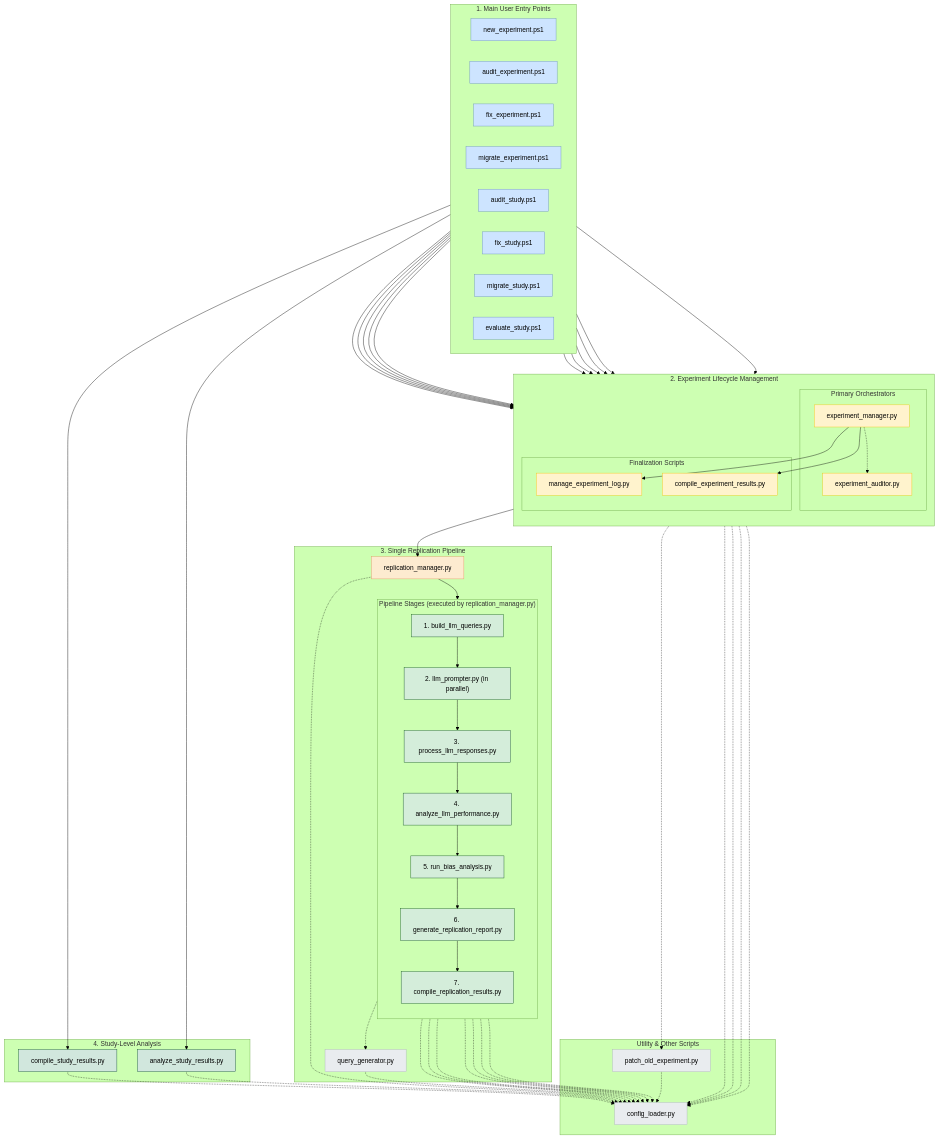
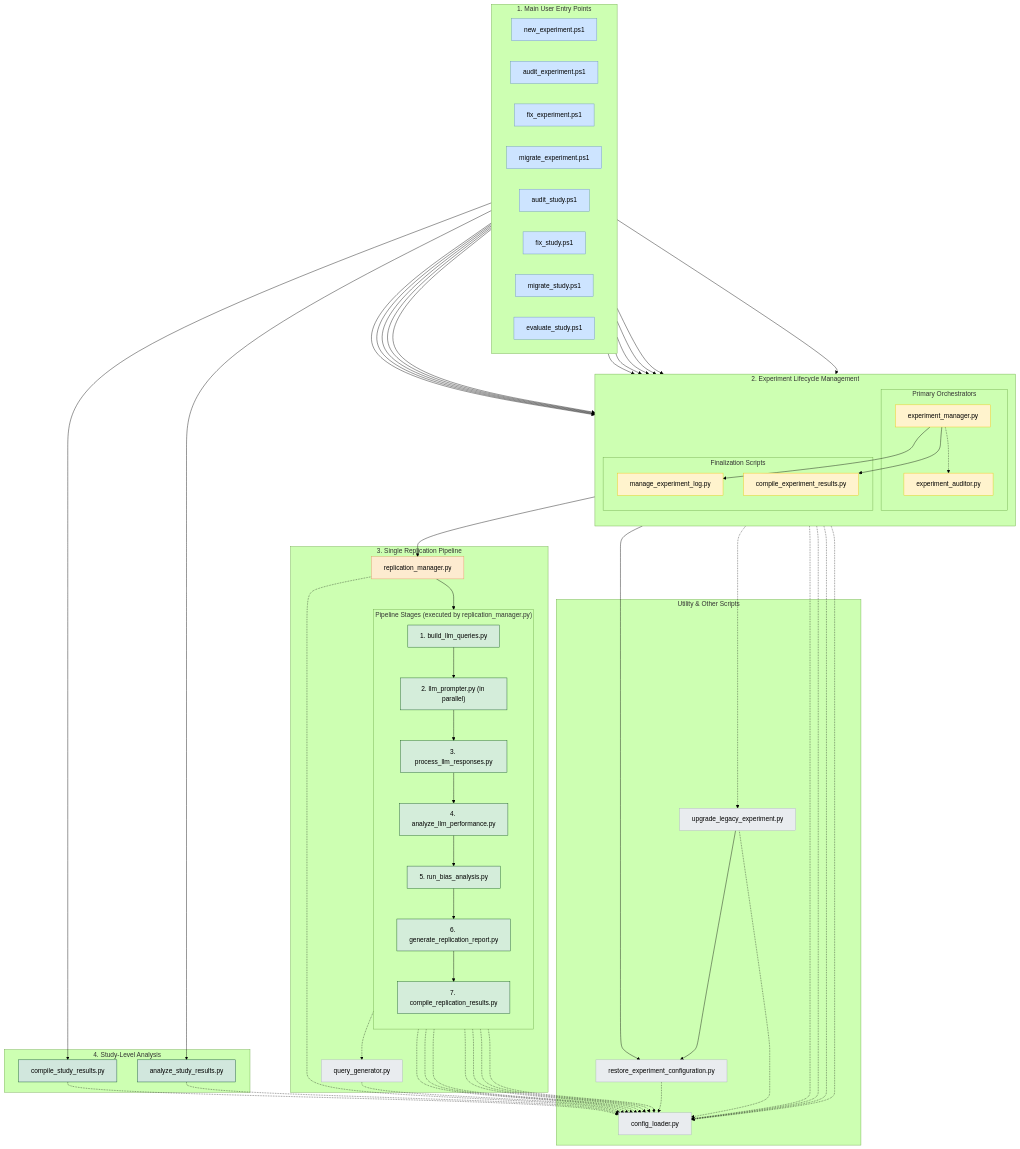
The diagram in docs/diagrams/arch_main_codebase.mmd (peterjmarko/llm-narrative-framework), drawn with Mermaid (forest theme) before and after one commit. The commit also changed 7 other files, not shown here.

```diff
--- a/docs/diagrams/arch_main_codebase.mmd
+++ b/docs/diagrams/arch_main_codebase.mmd
@@ -1,122 +1,127 @@
 graph TD
     subgraph "1. Main User Entry Points"
         direction LR
         new_experiment_ps1["new_experiment.ps1"]
         audit_experiment_ps1["audit_experiment.ps1"]
         fix_experiment_ps1["fix_experiment.ps1"]
         migrate_experiment_ps1["migrate_experiment.ps1"]
         audit_study_ps1["audit_study.ps1"]
         fix_study_ps1["fix_study.ps1"]
         migrate_study_ps1["migrate_study.ps1"]
         evaluate_study_ps1["evaluate_study.ps1"]
     end
 
     subgraph "2. Experiment Lifecycle Management"
         direction TB
         subgraph "Primary Orchestrators"
             exp_manager["experiment_manager.py"]
             exp_auditor["experiment_auditor.py"]
         end
         subgraph "Finalization Scripts"
             log_manager["manage_experiment_log.py"]
             compile_experiment["compile_experiment_results.py"]
         end
     end
     
     subgraph "4. Study-Level Analysis"
         compile_study_results_py["compile_study_results.py"]
         study_analysis["analyze_study_results.py"]
     end
 
     subgraph "3. Single Replication Pipeline"
         replication_manager["replication_manager.py"]
         
         subgraph "Pipeline Stages (executed by replication_manager.py)"
             direction TB
             stage1["1. build_llm_queries.py"]
             stage2["2. llm_prompter.py (in parallel)"]
             stage3["3. process_llm_responses.py"]
             stage4["4. analyze_llm_performance.py"]
             stage4b["5. run_bias_analysis.py"]
             stage5["6. generate_replication_report.py"]
             stage6["7. compile_replication_results.py"]
         end
         query_generator["query_generator.py"]
     end
 
     subgraph "Utility & Other Scripts"
-        patch_old["patch_old_experiment.py"]
+        restore_config["restore_experiment_configuration.py"]
+        patch_old["upgrade_legacy_experiment.py"]
         config_loader["config_loader.py"]
     end
 
     %% --- Connections ---
     new_experiment_ps1 --> exp_manager
     
     audit_experiment_ps1 --> exp_auditor
     audit_study_ps1 --> exp_auditor
     
     fix_experiment_ps1 --> exp_auditor
     fix_experiment_ps1 --> exp_manager
     fix_study_ps1 --> exp_auditor
     fix_study_ps1 --> exp_manager
     
     migrate_experiment_ps1 --> exp_auditor
     migrate_experiment_ps1 --> exp_manager
     migrate_study_ps1 --> exp_auditor
     migrate_study_ps1 --> exp_manager
 
     evaluate_study_ps1 --> compile_study_results_py
     evaluate_study_ps1 --> study_analysis
 
     exp_manager --> replication_manager
     exp_manager --> compile_experiment
     exp_manager --> log_manager
+    exp_manager --> restore_config
     exp_manager -.-> patch_old
+
+    patch_old --> restore_config
 
     %% Sequential Pipeline Execution
     replication_manager --> stage1
     stage1 --> stage2
     stage2 --> stage3
     stage3 --> stage4
     stage4 --> stage4b
     stage4b --> stage5
     stage5 --> stage6
 
     %% Worker Connections
     stage1 -.-> query_generator
 
     %% Import Connections (dotted)
     exp_manager -.-> exp_auditor
-    exp_manager & exp_auditor & replication_manager & stage1 & stage2 & stage3 & stage4 & stage4b & stage5 & stage6 & query_generator & log_manager & compile_experiment & compile_study_results_py & study_analysis & patch_old -.-> config_loader
+    exp_manager & exp_auditor & replication_manager & stage1 & stage2 & stage3 & stage4 & stage4b & stage5 & stage6 & query_generator & log_manager & compile_experiment & compile_study_results_py & study_analysis & patch_old & restore_config -.-> config_loader
 
     %% --- Inline Styling ---
     style new_experiment_ps1 fill:#cde4ff,stroke:#6c93be
     style audit_experiment_ps1 fill:#cde4ff,stroke:#6c93be
     style fix_experiment_ps1 fill:#cde4ff,stroke:#6c93be
     style migrate_experiment_ps1 fill:#cde4ff,stroke:#6c93be
     style audit_study_ps1 fill:#cde4ff,stroke:#6c93be
     style fix_study_ps1 fill:#cde4ff,stroke:#6c93be
     style migrate_study_ps1 fill:#cde4ff,stroke:#6c93be
     style evaluate_study_ps1 fill:#cde4ff,stroke:#6c93be
 
     style exp_manager fill:#fff3cd,stroke:#f1c40f
     style exp_auditor fill:#fff3cd,stroke:#f1c40f
     style log_manager fill:#fff3cd,stroke:#f1c40f
     style compile_experiment fill:#fff3cd,stroke:#f1c40f
     
     style compile_study_results_py fill:#d1e7dd,stroke:#0f5132
     style study_analysis fill:#d1e7dd,stroke:#0f5132
     
     style replication_manager fill:#fdebd0,stroke:#e59866
     
     style stage1 fill:#d4edda,stroke:#155724
     style stage2 fill:#d4edda,stroke:#155724
     style stage3 fill:#d4edda,stroke:#155724
     style stage4 fill:#d4edda,stroke:#155724
     style stage4b fill:#d4edda,stroke:#155724
     style stage5 fill:#d4edda,stroke:#155724
     style stage6 fill:#d4edda,stroke:#155724
 
     style query_generator fill:#e9ecef,stroke:#adb5bd
     style patch_old fill:#e9ecef,stroke:#adb5bd
+    style restore_config fill:#e9ecef,stroke:#adb5bd
     style config_loader fill:#e9ecef,stroke:#adb5bd
```
